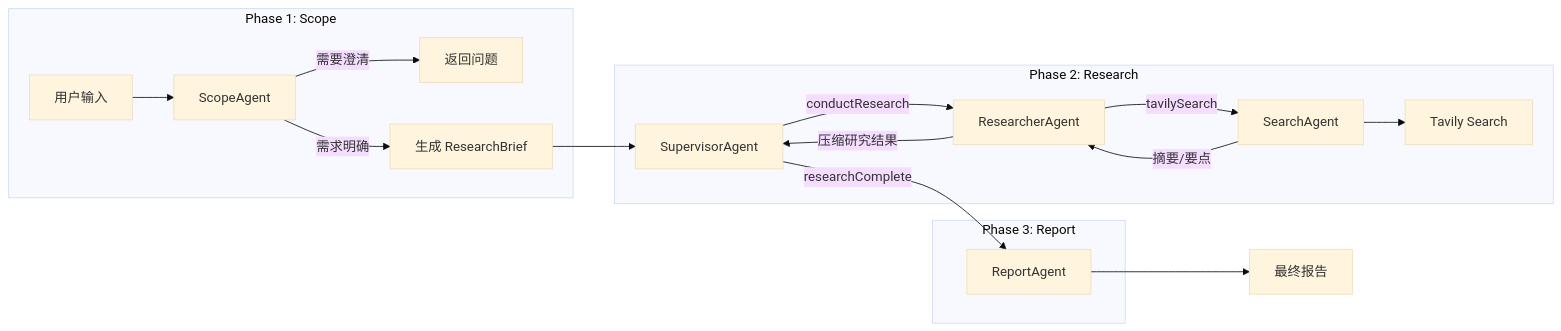
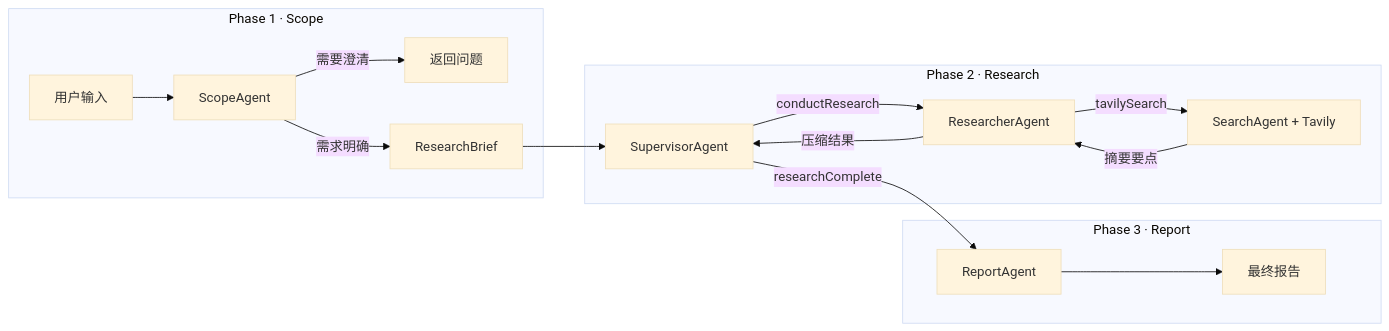
Before and after one commit to haotangyuan/KnowNote: the second of 4 diagrams in README.md, drawn with Mermaid (base theme). The commit also changed other lines of this file and 1 other file, not shown here.

````diff
--- a/README.md
+++ b/README.md
@@ -89,31 +103,25 @@
 ```mermaid
 flowchart LR
-    subgraph Phase1[Phase 1: Scope]
-        Input[用户输入]
-        Scope[ScopeAgent]
-        Input --> Scope
-        Scope -->|需要澄清| Clarify[返回问题]
-        Scope -->|需求明确| Brief[生成 ResearchBrief]
+    subgraph Phase1[Phase 1 · Scope]
+        Input[用户输入] --> Scope[ScopeAgent]
+        Scope -->|需要澄清| Q[返回问题]
+        Scope -->|需求明确| Brief[ResearchBrief]
     end
 
-    subgraph Phase2[Phase 2: Research]
+    subgraph Phase2[Phase 2 · Research]
         Supervisor[SupervisorAgent]
         Researcher[ResearcherAgent]
-        Search[SearchAgent]
-        Tavily[Tavily Search]
-
+        Search[SearchAgent + Tavily]
         Supervisor -->|conductResearch| Researcher
         Researcher -->|tavilySearch| Search
-        Search --> Tavily
-        Search -->|摘要/要点| Researcher
-        Researcher -->|压缩研究结果| Supervisor
+        Search -->|摘要要点| Researcher
+        Researcher -->|压缩结果| Supervisor
     end
 
-    subgraph Phase3[Phase 3: Report]
-        Report[ReportAgent]
+    subgraph Phase3[Phase 3 · Report]
+        Report[ReportAgent] --> Final[最终报告]
     end
 
     Brief --> Supervisor
     Supervisor -->|researchComplete| Report
-    Report --> Final[最终报告]
 ```
````
